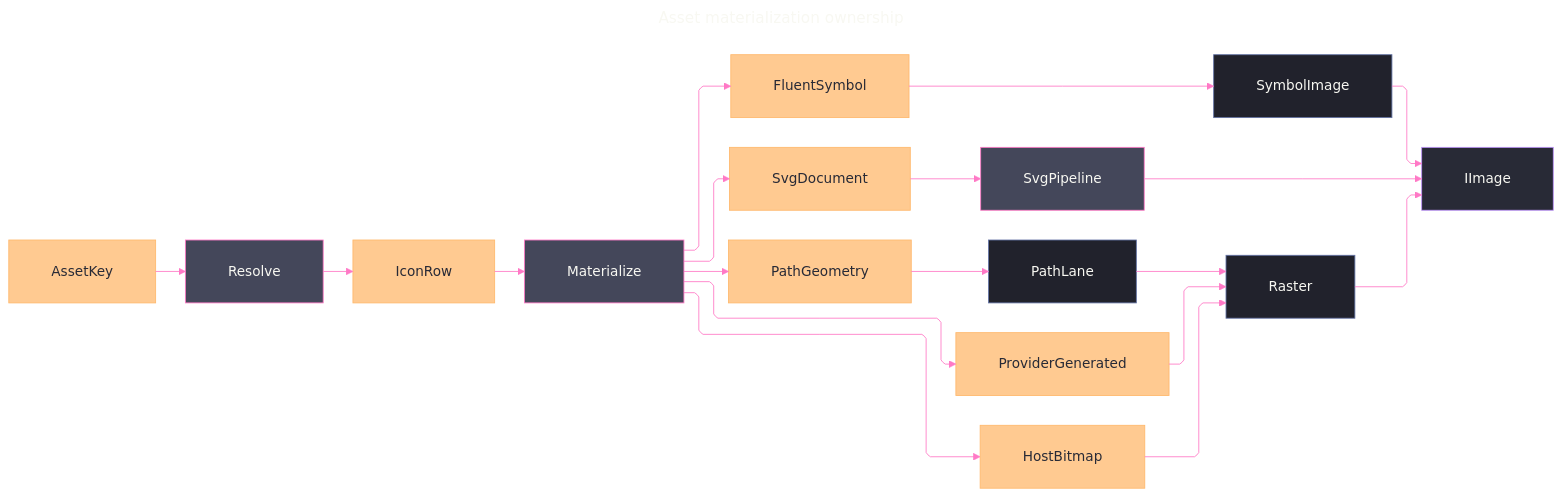
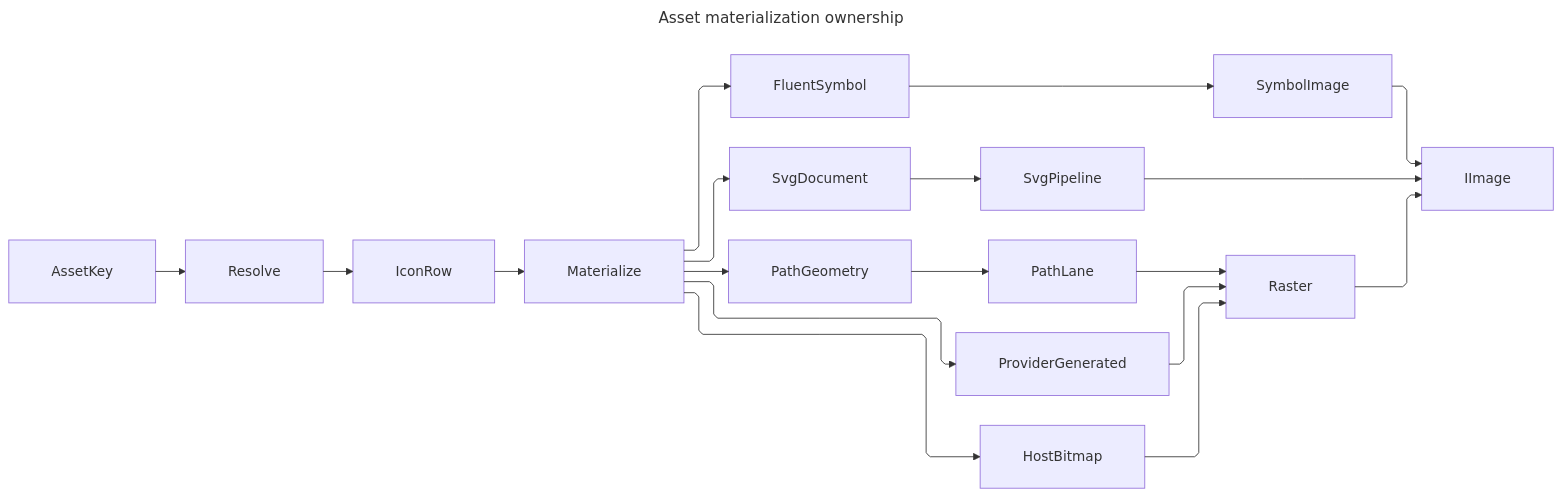
Before and after one commit to bsamiee/Rasm: the diagram in libs/csharp/Rasm.AppUi/.planning/Theme/assets.md, drawn with Mermaid. The commit also changed 324 other files, not shown here.

````diff
--- a/libs/csharp/Rasm.AppUi/.planning/Theme/assets.md
+++ b/libs/csharp/Rasm.AppUi/.planning/Theme/assets.md
@@ -114,58 +114,27 @@
 ```mermaid
 ---
 title: Asset materialization ownership
 config:
-  theme: base
-  look: classic
   layout: elk
   htmlLabels: true
   markdownAutoWrap: false
   deterministicIds: true
   elk:
     nodePlacementStrategy: NETWORK_SIMPLEX
     considerModelOrder: NODES_AND_EDGES
   flowchart:
     curve: linear
     defaultRenderer: elk
     padding: 25
-  themeVariables:
-    darkMode: true
-    fontFamily: "SF Mono, Menlo, Cascadia Mono, Segoe UI Mono, Consolas, monospace"
-    useGradient: false
-    dropShadow: "none"
-    background: "#282A36"
-    mainBkg: "#44475A"
-    primaryColor: "#44475A"
-    primaryTextColor: "#F8F8F2"
-    primaryBorderColor: "#BD93F9"
-    nodeBorder: "#BD93F9"
-    lineColor: "#FF79C6"
-    arrowheadColor: "#FF79C6"
-    textColor: "#F8F8F2"
-    titleColor: "#D6BCFA"
-    clusterBkg: "#21222C"
-    clusterBorder: "#D6BCFA"
-    edgeLabelBackground: "#21222C"
-    labelBackgroundColor: "#21222C"
-  themeCSS: ".nodeLabel{font-size:13px;font-weight:500}.edgeLabel{font-size:12px;font-weight:500}.cluster-label .nodeLabel{font-size:13.5px;font-weight:700;letter-spacing:.08em}.edge-thickness-normal{stroke-width:2px}.edge-thickness-thick{stroke-width:3px}.edge-pattern-dashed,.edge-pattern-dotted{stroke-width:1.5px;stroke-dasharray:4 6}.node rect,.node circle,.node polygon,.node path,.node .outer-path{stroke-width:1.5px;filter:none!important}.cluster rect{stroke-width:1px!important;stroke-dasharray:5 4!important;filter:none!important}.marker path{transform:scale(.8);transform-origin:5px 5px}.marker circle{transform:scale(.48);transform-origin:5px 5px}.edgeLabel rect{transform-box:fill-box;transform-origin:center;transform:scale(1.1,1.2)}"
 ---
 flowchart LR
     accTitle: Asset materialization ownership
     accDescr: Typed asset keys resolve through ranked source rows, then one materializer folds vector, symbolic, provider, path, and host bitmap sources into the retained image boundary.
     AssetKey --> Resolve --> IconRow --> Materialize
     Materialize --> FluentSymbol --> SymbolImage --> IImage
     Materialize --> SvgDocument --> SvgPipeline --> IImage
     Materialize --> PathGeometry --> PathLane --> Raster
     Materialize --> ProviderGenerated --> Raster
     Materialize --> HostBitmap --> Raster
     Raster --> IImage
-    linkStyle default stroke:#FF79C6,color:#F8F8F2
-    classDef primary fill:#44475A,stroke:#FF79C6,color:#F8F8F2
-    classDef boundary fill:#282A36,stroke:#BD93F9,color:#F8F8F2
-    classDef data fill:#FFB86CBF,stroke:#FFB86C,color:#282A36
-    classDef recessed fill:#21222C,stroke:#6272A4,color:#F8F8F2
-    class Resolve,Materialize,SvgPipeline primary
-    class AssetKey,IconRow,FluentSymbol,SvgDocument,PathGeometry,ProviderGenerated,HostBitmap data
-    class SymbolImage,PathLane,Raster recessed
-    class IImage boundary
 ```
````
